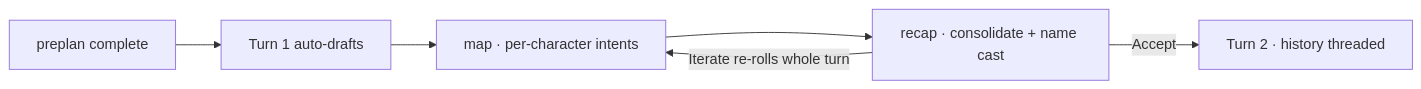
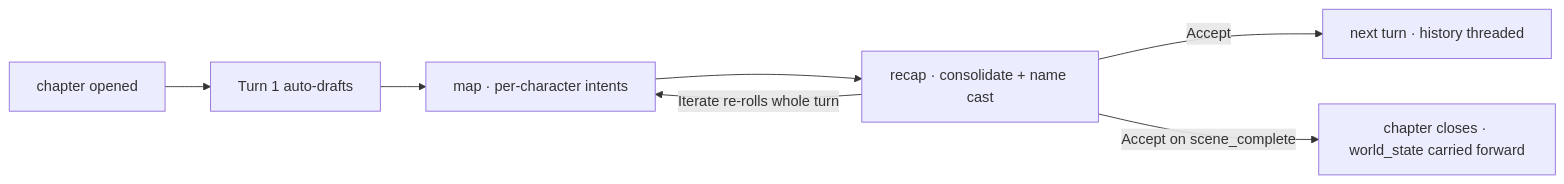
The second of 2 diagrams in examples/dungeon_master/README.md (sheikkinen/yamlgraph), drawn with Mermaid before and after one commit. The commit also changed other lines of this file and 1 other file, not shown here.

First line of the commit message:
docs(dm): FR-491 rewrite architecture + README for chapter-play and the Book

````diff
--- a/examples/dungeon_master/README.md
+++ b/examples/dungeon_master/README.md
@@ -167,8 +163,9 @@
 ```mermaid
 flowchart LR
-    P[preplan complete] --> T1[Turn 1 auto-drafts]
+    P[chapter opened] --> T1[Turn 1 auto-drafts]
     T1 --> I[map · per-character intents]
     I --> R[recap · consolidate + name cast]
     R -->|Iterate re-rolls whole turn| I
-    R -->|Accept| T2[Turn 2 · history threaded]
+    R -->|Accept| T2[next turn · history threaded]
+    R -->|Accept on scene_complete| C[chapter closes · world_state carried forward]
 ```
````
